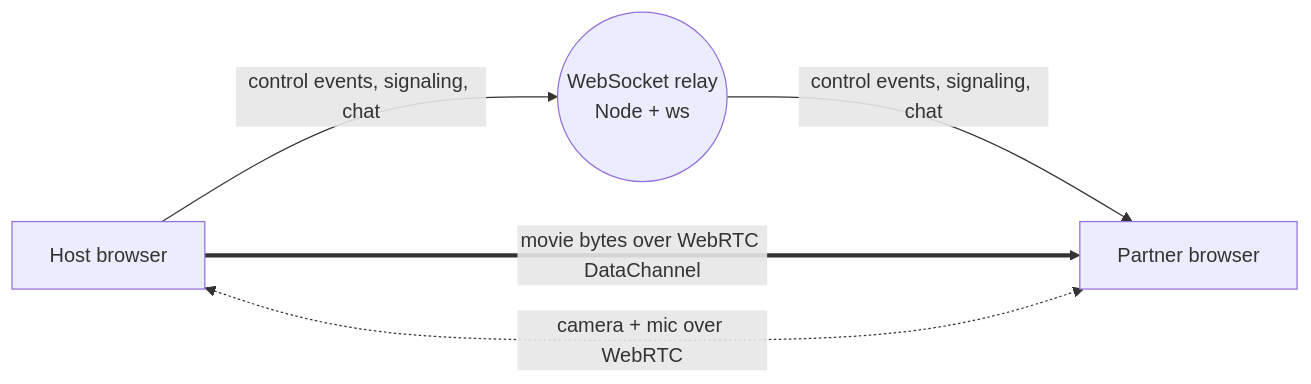
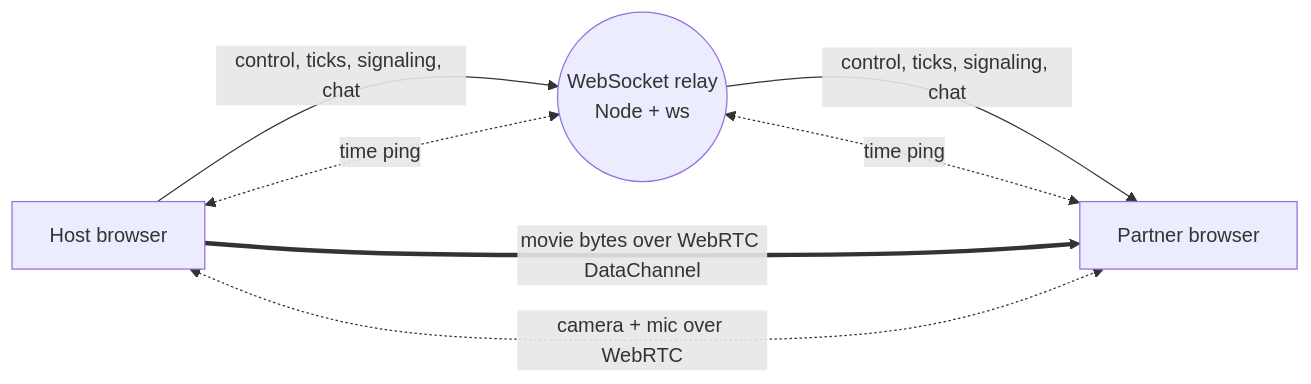
One commit to pradumya004/pawse changed the diagram in README.md. Above: the diagram before and after it, drawn with Mermaid. The commit also changed other lines of this file, not shown here.

````diff
--- a/README.md
+++ b/README.md
@@ -24,7 +52,9 @@
 ```mermaid
 flowchart LR
-  A[Host browser] -- control events, signaling, chat --> R((WebSocket relay<br/>Node + ws))
-  R -- control events, signaling, chat --> B[Partner browser]
+  A[Host browser] -- control, ticks, signaling, chat --> R((WebSocket relay<br/>Node + ws))
+  R -- control, ticks, signaling, chat --> B[Partner browser]
+  A <-. time ping .-> R
+  B <-. time ping .-> R
   A == movie bytes over WebRTC DataChannel ==> B
   A <-. camera + mic over WebRTC .-> B
 ```
````
